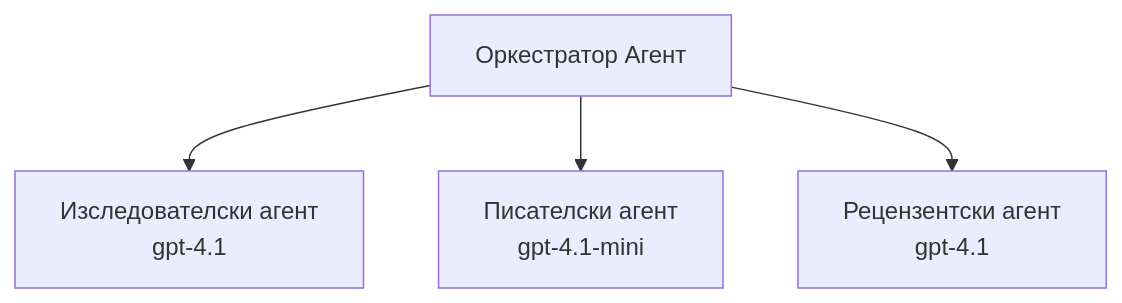
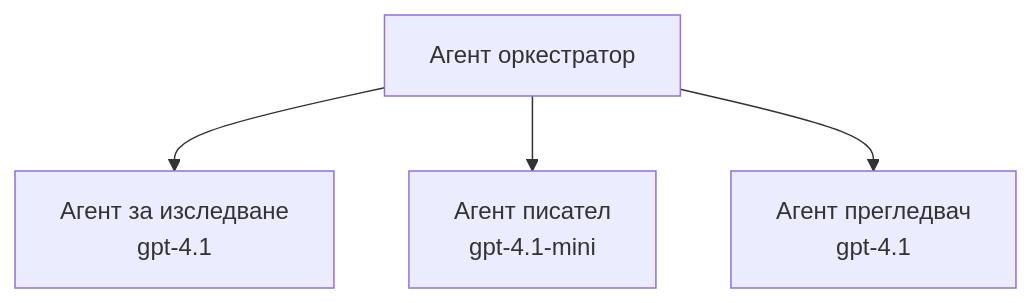
Before and after one commit to microsoft/AZD-for-beginners: the third of 3 diagrams in translations/bg/docs/chapter-02-ai-development/agents.md, drawn with Mermaid. The commit also changed other lines of this file and 59 other files, not shown here.

````diff
--- a/translations/bg/docs/chapter-02-ai-development/agents.md
+++ b/translations/bg/docs/chapter-02-ai-development/agents.md
@@ -201,6 +201,6 @@
 ```mermaid
 graph TD
-    Orchestrator[Оркестратор Агент] --> Research[Изследователски агент<br/>gpt-4.1]
-    Orchestrator --> Writer[Писателски агент<br/>gpt-4.1-mini]
-    Orchestrator --> Reviewer[Рецензентски агент<br/>gpt-4.1]
+    Orchestrator[Агент оркестратор] --> Research[Агент за изследване<br/>gpt-4.1]
+    Orchestrator --> Writer[Агент писател<br/>gpt-4.1-mini]
+    Orchestrator --> Reviewer[Агент прегледвач<br/>gpt-4.1]
 ```
````
